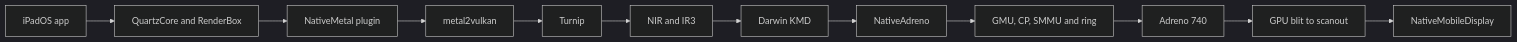
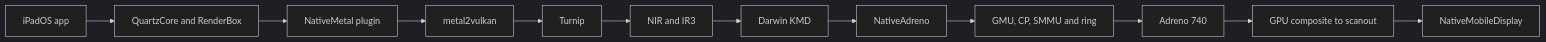
One commit to 0721GPT/UniXNU changed the diagram in docs/drivers/native-adreno.md. Above: the diagram before and after it, drawn with Mermaid (dark theme). The commit also changed other lines of this file and 13 other files, not shown here.

````diff
--- a/docs/drivers/native-adreno.md
+++ b/docs/drivers/native-adreno.md
@@ -7,14 +7,14 @@
 ```mermaid
 flowchart LR
   A[iPadOS app] --> B[QuartzCore and RenderBox]
   B --> C[NativeMetal plugin]
   C --> D[metal2vulkan]
   D --> E[Turnip]
   E --> F[NIR and IR3]
   F --> G[Darwin KMD]
   G --> H[NativeAdreno]
   H --> I[GMU, CP, SMMU and ring]
   I --> J[Adreno 740]
-  J --> K[GPU blit to scanout]
+  J --> K[GPU composite to scanout]
   K --> L[NativeMobileDisplay]
 ```
````
